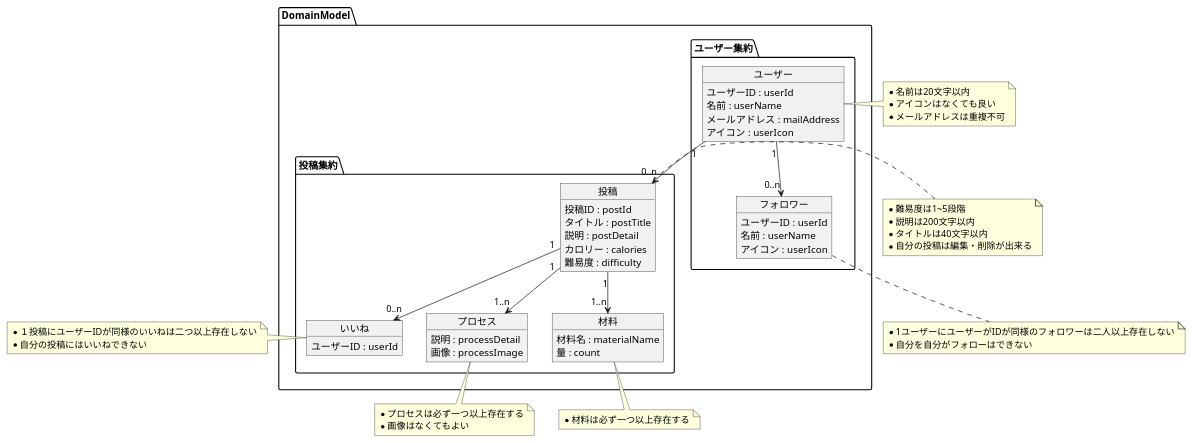
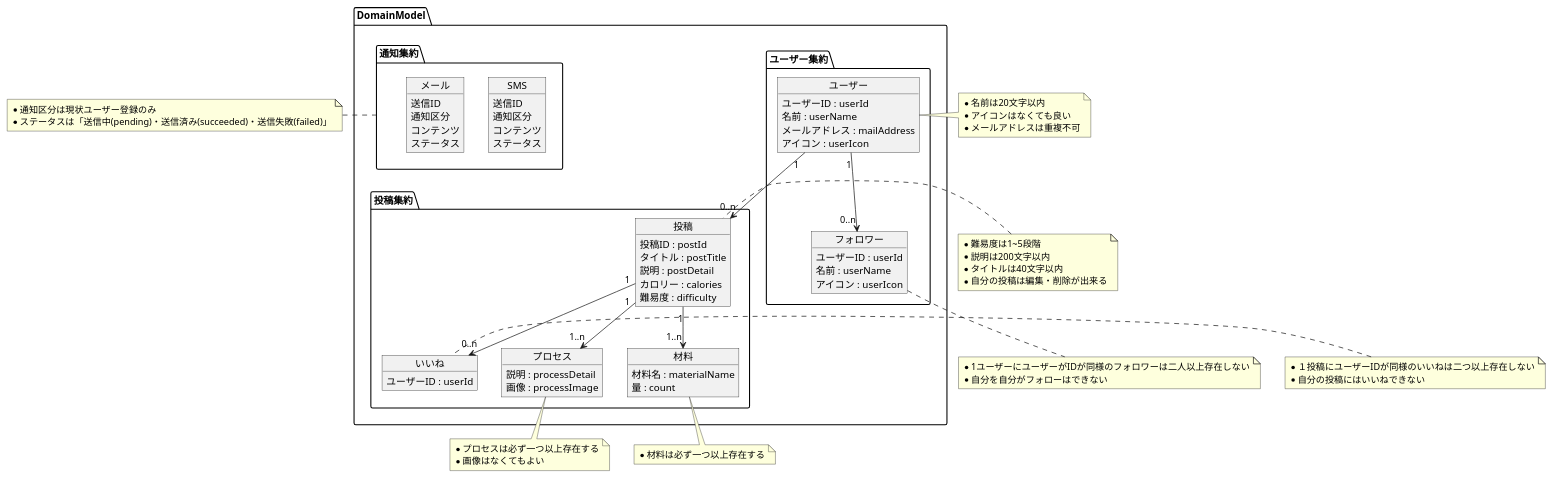
One commit to unkly/recipeaceful changed the diagram in docs/modeling.pu. Above: the diagram before and after it, drawn with PlantUML.

Commit message:
add:modeling更新

```diff
--- a/docs/modeling.pu
+++ b/docs/modeling.pu
@@ -1,76 +1,97 @@
 @startuml
 	package DomainModel {
 		package ユーザー集約 {
 			object ユーザー {
 				ユーザーID : userId
 				名前 : userName
 				メールアドレス : mailAddress
 				アイコン : userIcon
 			}
 			object フォロワー {
 				ユーザーID : userId
 				名前 : userName
 				アイコン : userIcon
 			}
 		}
 
 		package 投稿集約 {
 			object 投稿 {
 				投稿ID : postId
 				タイトル : postTitle
 				説明 : postDetail
 				カロリー : calories
 				難易度 : difficulty
 			}
 			object いいね {
 				ユーザーID : userId
 			}
 			object プロセス {
 				説明 : processDetail
 				画像 : processImage
 			}
 			object 材料 {
 				材料名 : materialName
 				量 : count
 			}
 		}
+
+		package 通知集約 {
+			object SMS {
+				送信ID
+				通知区分
+				コンテンツ
+				ステータス
+			}
+
+			object メール {
+				送信ID
+				通知区分
+				コンテンツ
+				ステータス
+			}
+		}
 	}
+	
+	note left of 通知集約
+		* 通知区分は現状ユーザー登録のみ
+		* ステータスは「送信中(pending)・送信済み(succeeded)・送信失敗(failed)」
+	end note
 
 	note left of いいね
 		* １投稿にユーザーIDが同様のいいねは二つ以上存在しない
 		* 自分の投稿にはいいねできない
 	end note
 
 	note left of 投稿
 		* 難易度は1~5段階
 		* 説明は200文字以内
 		* タイトルは40文字以内
 		* 自分の投稿は編集・削除が出来る
 	end note
 
 	note bottom of フォロワー
 		* 1ユーザーにユーザーがIDが同様のフォロワーは二人以上存在しない
 		* 自分を自分がフォローはできない
 	end note
 
 	note right of ユーザー
 		* 名前は20文字以内
 		* アイコンはなくても良い
 		* メールアドレスは重複不可
 	end note
 
 	note bottom of プロセス
 		* プロセスは必ず一つ以上存在する
 		* 画像はなくてもよい
 	end note
 
 	note bottom of 材料
 		* 材料は必ず一つ以上存在する
 	end note
 
 	ユーザー "1" --> "0..n" フォロワー
 	ユーザー "1" --> "0..n" 投稿
 	投稿 "1" --> "0..n" いいね
 	投稿 "1" --> "1..n" 材料
 	投稿 "1" --> "1..n" プロセス
 @enduml
```
